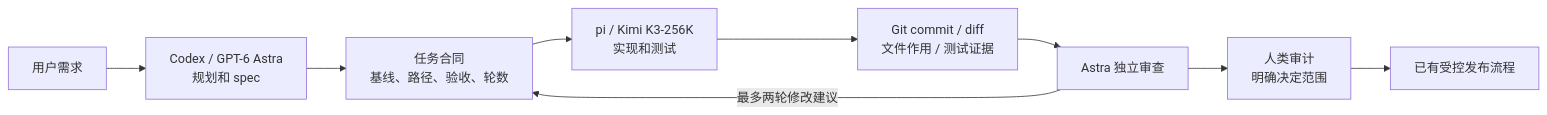
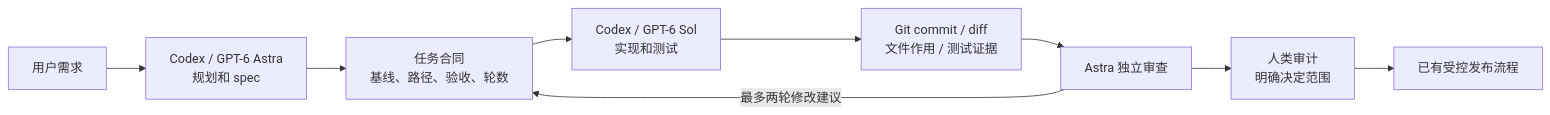
Before and after one commit to Batch777/oneAI: the diagram in docs/SELF-DEVELOPMENT.md, drawn with Mermaid. The commit also changed other lines of this file and 7 other files, not shown here.

````diff
--- a/docs/SELF-DEVELOPMENT.md
+++ b/docs/SELF-DEVELOPMENT.md
@@ -15,11 +19,11 @@
 ```mermaid
 flowchart LR
   U[用户需求] --> A[Codex / GPT-6 Astra\n规划和 spec]
   A --> C[任务合同\n基线、路径、验收、轮数]
-  C --> K[pi / Kimi K3-256K\n实现和测试]
+  C --> K[Codex / GPT-6 Sol\n实现和测试]
   K --> E[Git commit / diff\n文件作用 / 测试证据]
   E --> R[Astra 独立审查]
   R -->|最多两轮修改建议| C
   R --> H[人类审计\n明确决定范围]
   H --> P[已有受控发布流程]
 ```
````
